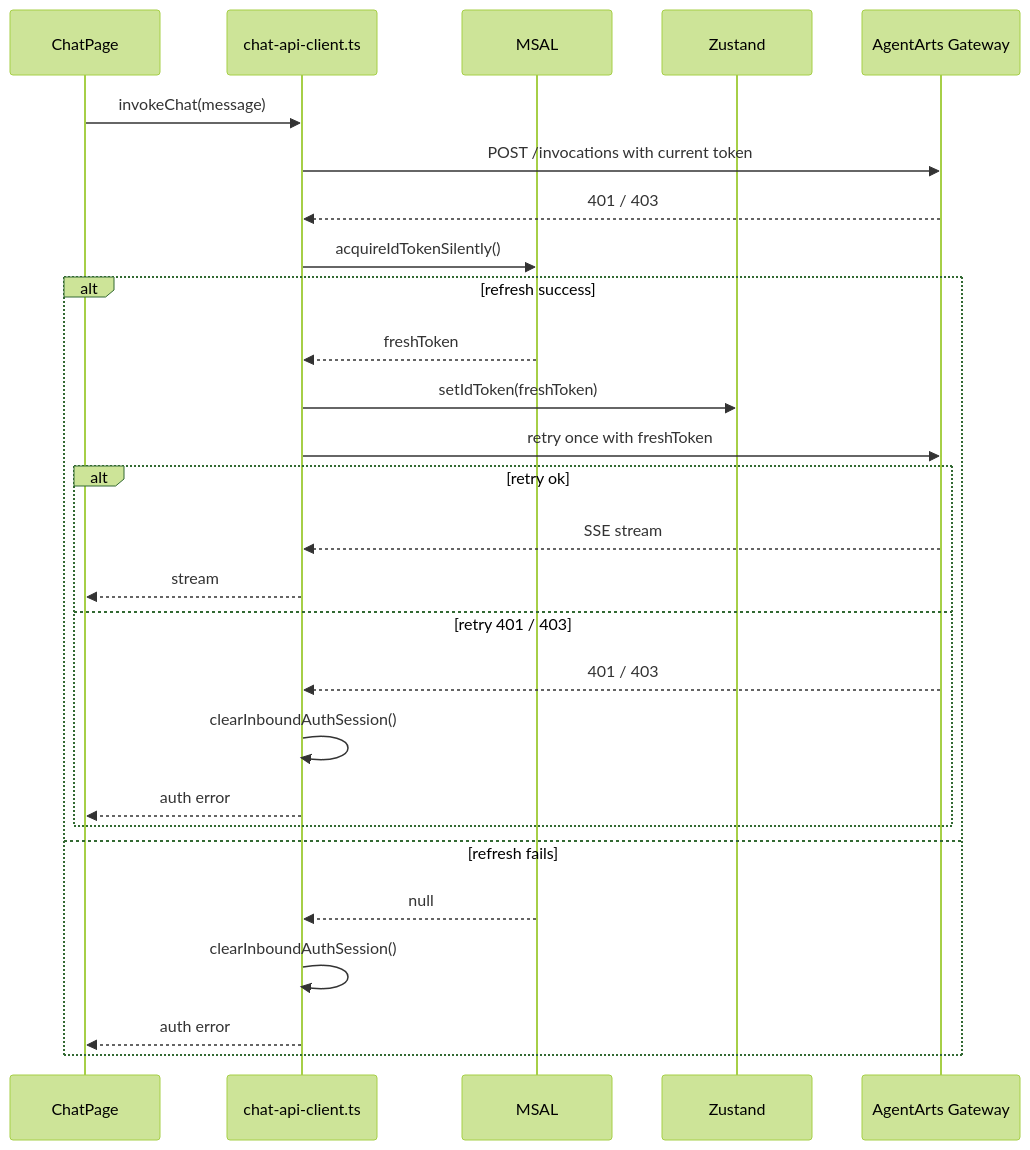
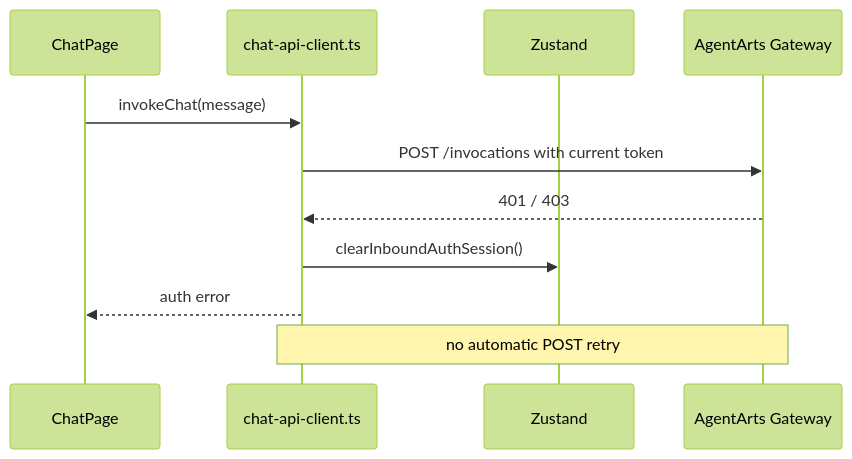
Before and after one commit to T-1009/personal-assistant: the sixth of 8 diagrams in personal-assistant-meta/architecture/auth/inbound-auth-lifecycle.md, drawn with Mermaid (forest theme). The commit also changed other lines of this file and 105 other files, not shown here.

First line of the commit message:
feat: implement multi-session runtime pre-warm with session cookies, conversation API, and sidebar UI

````diff
--- a/personal-assistant-meta/architecture/auth/inbound-auth-lifecycle.md
+++ b/personal-assistant-meta/architecture/auth/inbound-auth-lifecycle.md
@@ -194,30 +196,14 @@
 ```mermaid
 sequenceDiagram
     participant Chat as ChatPage
     participant Api as chat-api-client.ts
-    participant MSAL as MSAL
     participant Store as Zustand
     participant Gateway as AgentArts Gateway
 
     Chat->>Api: invokeChat(message)
     Api->>Gateway: POST /invocations with current token
     Gateway-->>Api: 401 / 403
-    Api->>MSAL: acquireIdTokenSilently()
-    alt refresh success
-        MSAL-->>Api: freshToken
-        Api->>Store: setIdToken(freshToken)
-        Api->>Gateway: retry once with freshToken
-        alt retry ok
-            Gateway-->>Api: SSE stream
-            Api-->>Chat: stream
-        else retry 401 / 403
-            Gateway-->>Api: 401 / 403
-            Api->>Api: clearInboundAuthSession()
-            Api-->>Chat: auth error
-        end
-    else refresh fails
-        MSAL-->>Api: null
-        Api->>Api: clearInboundAuthSession()
-        Api-->>Chat: auth error
-    end
+    Api->>Store: clearInboundAuthSession()
+    Api-->>Chat: auth error
+    Note over Api,Gateway: no automatic POST retry
 ```
````
